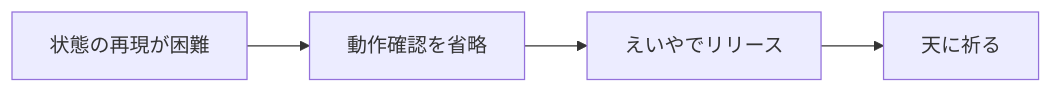
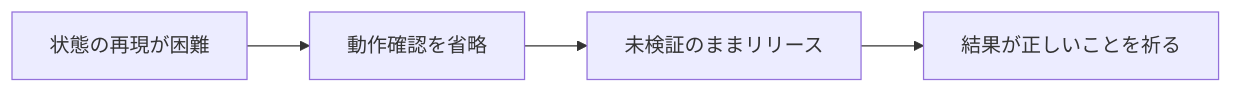
Before and after one commit to ka2kama/ringiflow: the diagram in docs/06_ナレッジベース/methodology/ローカル検証性.md, drawn with Mermaid. The commit also changed other lines of this file, not shown here.

````diff
--- a/docs/06_ナレッジベース/methodology/ローカル検証性.md
+++ b/docs/06_ナレッジベース/methodology/ローカル検証性.md
@@ -26,4 +26,4 @@
 ```mermaid
 flowchart LR
-    A["状態の再現が困難"] --> B["動作確認を省略"] --> C["えいやでリリース"] --> D["天に祈る"]
+    A["状態の再現が困難"] --> B["動作確認を省略"] --> C["未検証のままリリース"] --> D["結果が正しいことを祈る"]
 ```
````
